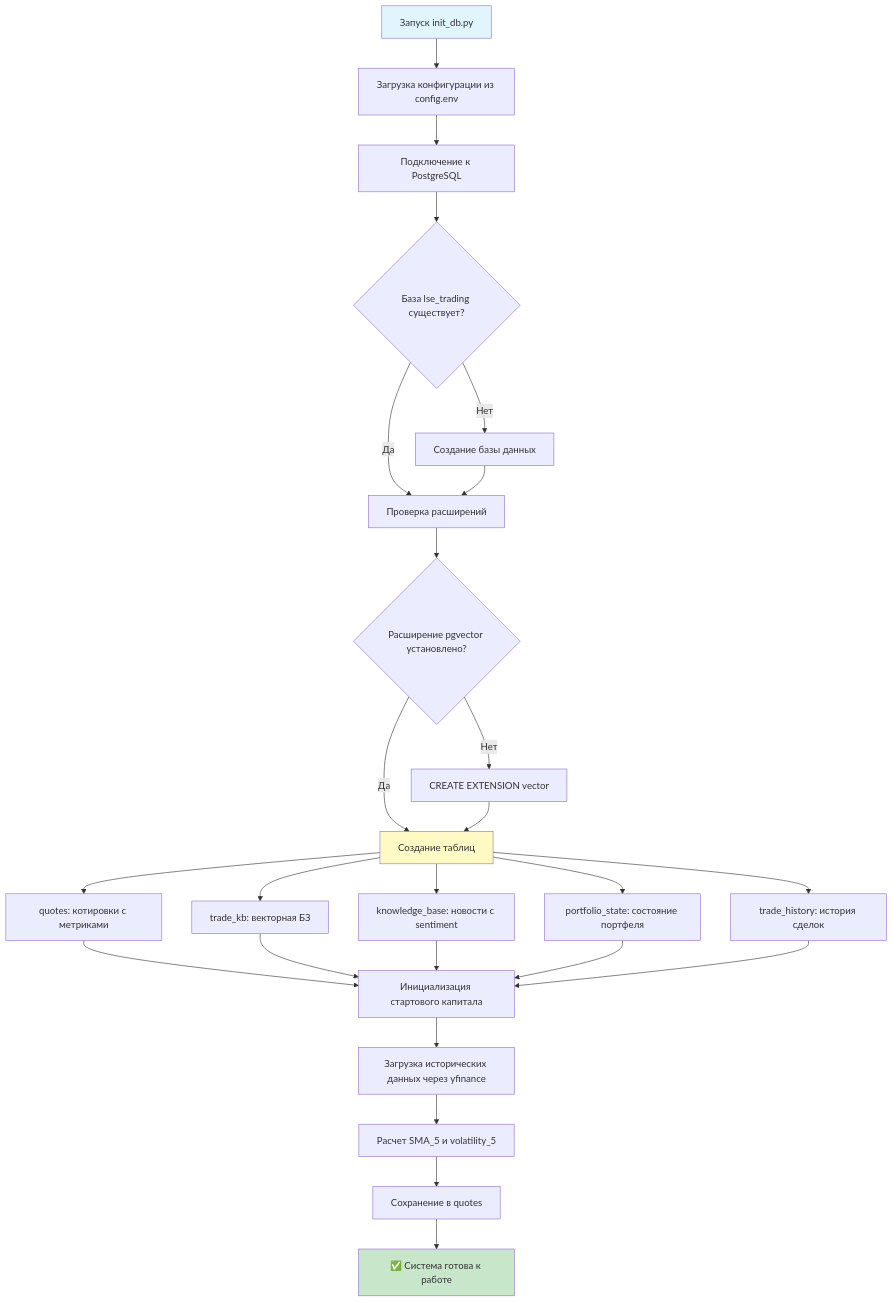
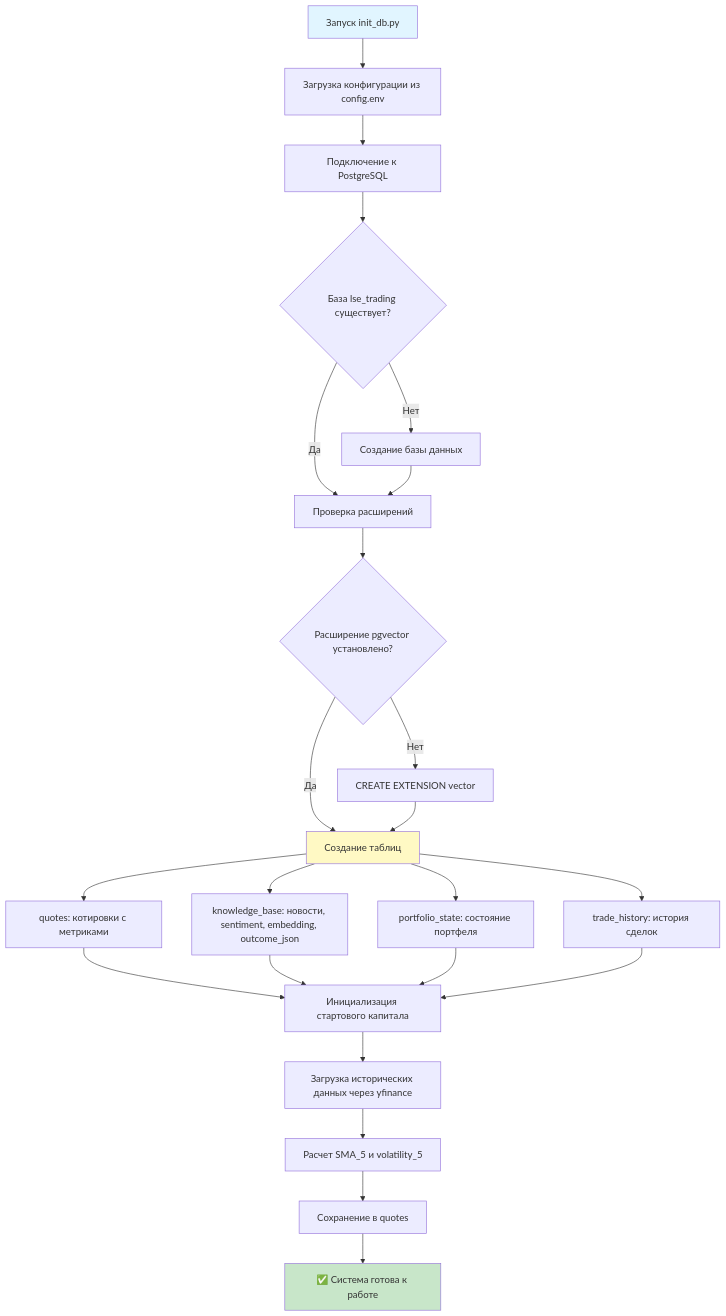
The first of 23 diagrams in BUSINESS_PROCESSES.md (kobyzev-yuri/lse), drawn with Mermaid before and after one commit. The commit also changed other lines of this file and 30 other files, not shown here.

````diff
--- a/BUSINESS_PROCESSES.md
+++ b/BUSINESS_PROCESSES.md
@@ -25,34 +25,32 @@
 ```mermaid
 flowchart TD
     A[Запуск init_db.py] --> B[Загрузка конфигурации из config.env]
     B --> C[Подключение к PostgreSQL]
     C --> D{База lse_trading существует?}
     D -->|Нет| E[Создание базы данных]
     D -->|Да| F[Проверка расширений]
     E --> F
     F --> G{Расширение pgvector установлено?}
     G -->|Нет| H[CREATE EXTENSION vector]
     G -->|Да| I[Создание таблиц]
     H --> I
     
     I --> J[quotes: котировки с метриками]
-    I --> K[trade_kb: векторная БЗ]
-    I --> L[knowledge_base: новости с sentiment]
+    I --> L[knowledge_base: новости, sentiment, embedding, outcome_json]
     I --> M[portfolio_state: состояние портфеля]
     I --> N[trade_history: история сделок]
     
     J --> O[Инициализация стартового капитала]
-    K --> O
     L --> O
     M --> O
     N --> O
     
     O --> P[Загрузка исторических данных через yfinance]
     P --> Q[Расчет SMA_5 и volatility_5]
     Q --> R[Сохранение в quotes]
     R --> S[✅ Система готова к работе]
     
     style A fill:#e1f5ff
     style S fill:#c8e6c9
     style I fill:#fff9c4
 ```
````
